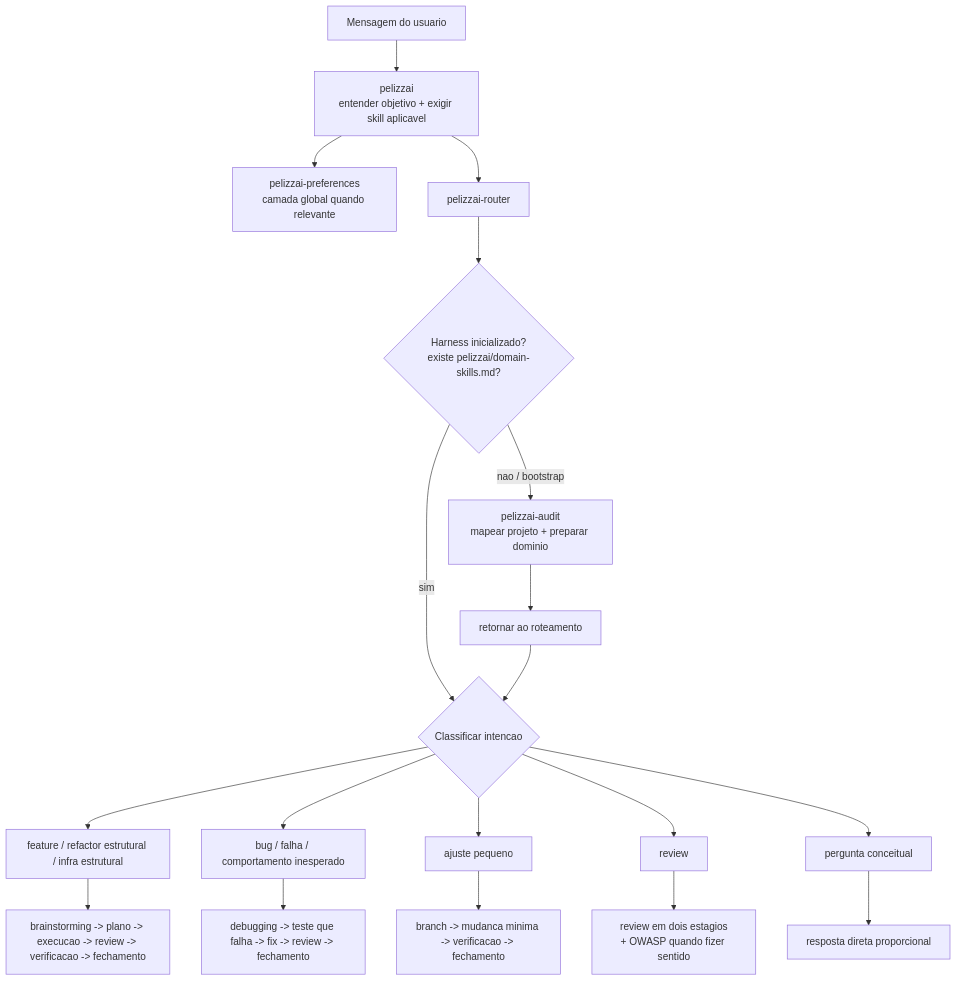
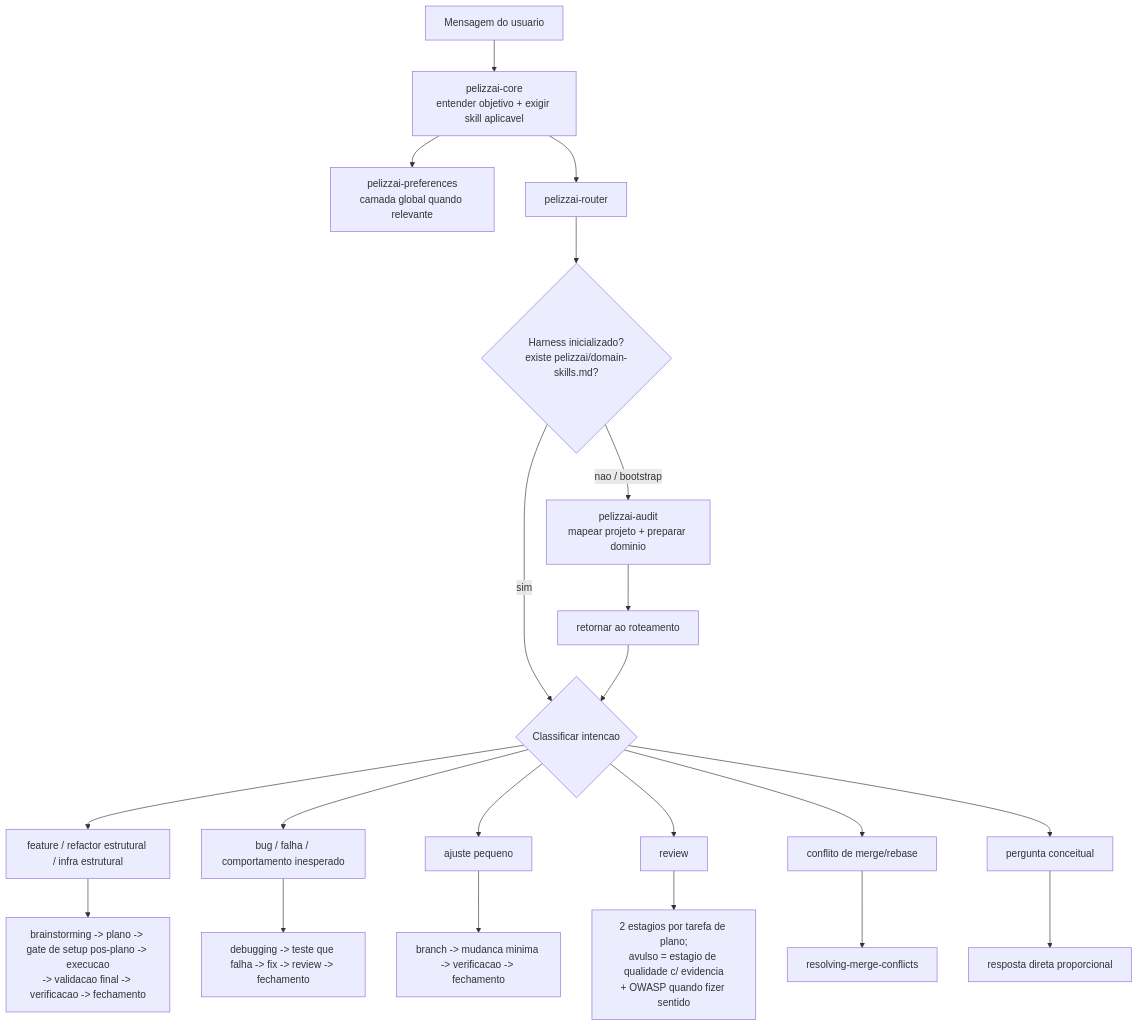
One commit to rpelizza/PelizzAI changed the second of 11 diagrams in README.md. Above: the diagram before and after it, drawn with Mermaid. The commit also changed other lines of this file and 34 other files, not shown here.

````diff
--- a/README.md
+++ b/README.md
@@ -96,24 +107,26 @@
 ```mermaid
 flowchart TD
-    U["Mensagem do usuario"] --> ROOT["pelizzai<br/>entender objetivo + exigir skill aplicavel"]
+    U["Mensagem do usuario"] --> ROOT["pelizzai-core<br/>entender objetivo + exigir skill aplicavel"]
     ROOT --> PREF["pelizzai-preferences<br/>camada global quando relevante"]
     ROOT --> RT["pelizzai-router"]
 
     RT --> INIT{"Harness inicializado?<br/>existe pelizzai/domain-skills.md?"}
     INIT -- "nao / bootstrap" --> AUD["pelizzai-audit<br/>mapear projeto + preparar dominio"]
     AUD --> RT2["retornar ao roteamento"]
     INIT -- "sim" --> CLS{"Classificar intencao"}
     RT2 --> CLS
 
     CLS --> FEATURE["feature / refactor estrutural / infra estrutural"]
     CLS --> BUG["bug / falha / comportamento inesperado"]
     CLS --> QUICK["ajuste pequeno"]
     CLS --> REVIEW["review"]
+    CLS --> CONFLICT["conflito de merge/rebase"]
     CLS --> QUESTION["pergunta conceitual"]
 
-    FEATURE --> LIFE["brainstorming -> plano -> execucao -> review -> verificacao -> fechamento"]
+    FEATURE --> LIFE["brainstorming -> plano -> gate de setup pos-plano -> execucao<br/>-> validacao final -> verificacao -> fechamento"]
     BUG --> DEBUG["debugging -> teste que falha -> fix -> review -> fechamento"]
     QUICK --> QF["branch -> mudanca minima -> verificacao -> fechamento"]
-    REVIEW --> RV["review em dois estagios<br/>+ OWASP quando fizer sentido"]
+    REVIEW --> RV["2 estagios por tarefa de plano;<br/>avulso = estagio de qualidade c/ evidencia<br/>+ OWASP quando fizer sentido"]
+    CONFLICT --> MC["resolving-merge-conflicts"]
     QUESTION --> ANSWER["resposta direta proporcional"]
 ```
````
